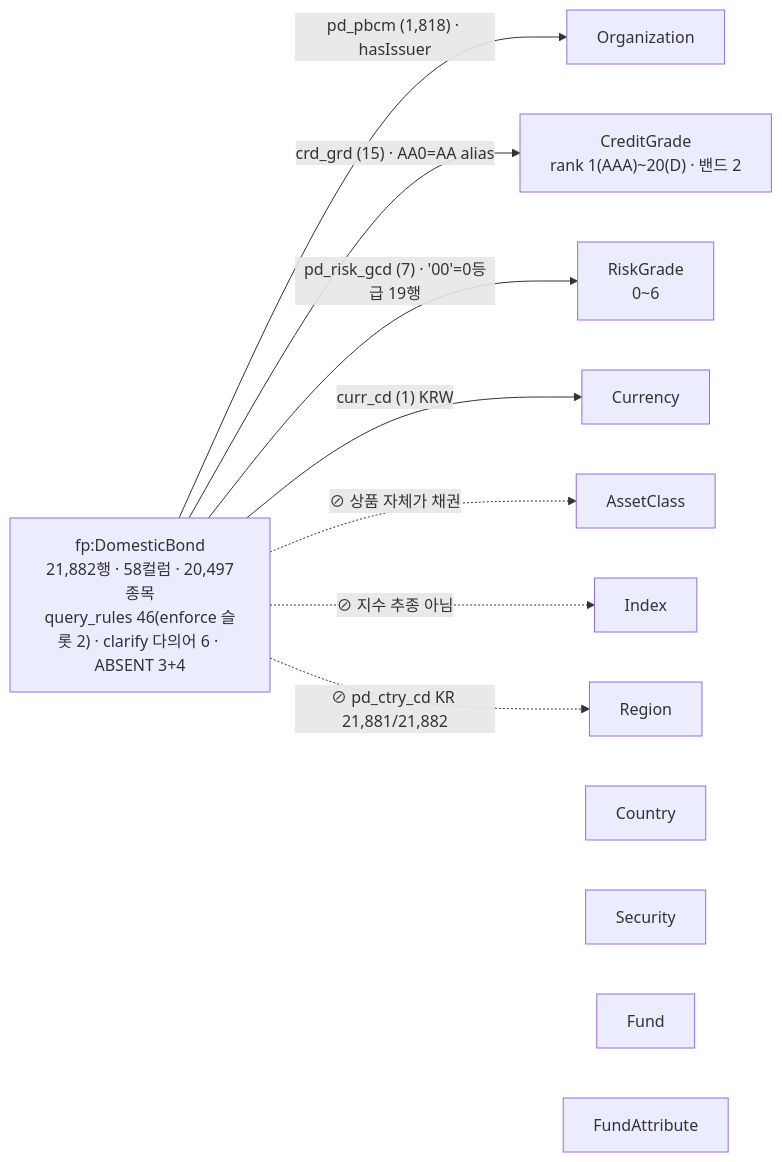
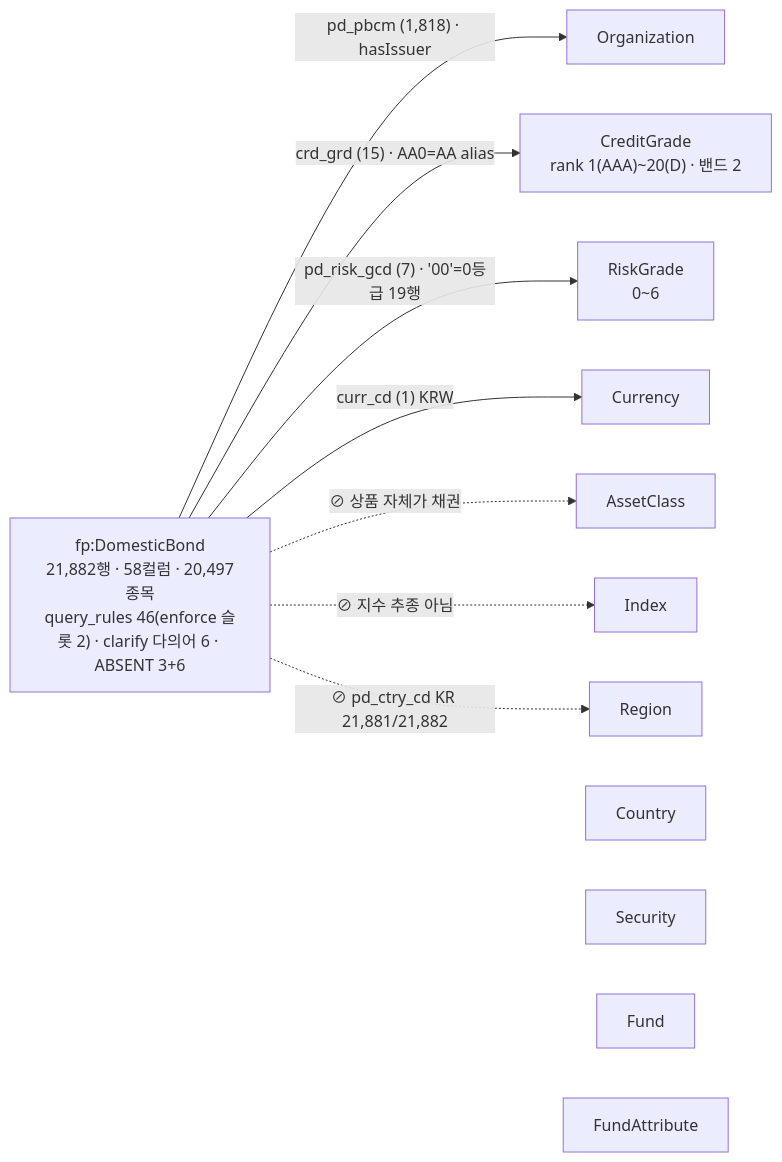
The diagram in docs/기술제안서/04_도메인_채권.md (Song-exp/miraeassetfesta), drawn with Mermaid before and after one commit. The commit also changed other lines of this file and 2 other files, not shown here.

````diff
--- a/docs/기술제안서/04_도메인_채권.md
+++ b/docs/기술제안서/04_도메인_채권.md
@@ -78,13 +78,13 @@
 ```mermaid
 flowchart LR
-  B["fp:DomesticBond<br/>21,882행 · 58컬럼 · 20,497종목<br/>query_rules 46(enforce 슬롯 2) · clarify 다의어 6 · ABSENT 3+4"]
+  B["fp:DomesticBond<br/>21,882행 · 58컬럼 · 20,497종목<br/>query_rules 46(enforce 슬롯 2) · clarify 다의어 6 · ABSENT 3+6"]
   ORG[Organization]; CG["CreditGrade<br/>rank 1(AAA)~20(D) · 밴드 2"]; RG["RiskGrade<br/>0~6"]; AC[AssetClass]; IDX[Index]; REG[Region]; CTY[Country]; CUR[Currency]; SEC[Security]; FND[Fund]; FA[FundAttribute]
   B -- "pd_pbcm (1,818) · hasIssuer" --> ORG
   B -- "crd_grd (15) · AA0=AA alias" --> CG
   B -- "pd_risk_gcd (7) · '00'=0등급 19행" --> RG
   B -- "curr_cd (1) KRW" --> CUR
   B -. "⊘ 상품 자체가 채권" .-> AC
   B -. "⊘ 지수 추종 아님" .-> IDX
   B -. "⊘ pd_ctry_cd KR 21,881/21,882" .-> REG
   B ~~~ CTY; B ~~~ SEC; B ~~~ FND; B ~~~ FA
 ```
````
